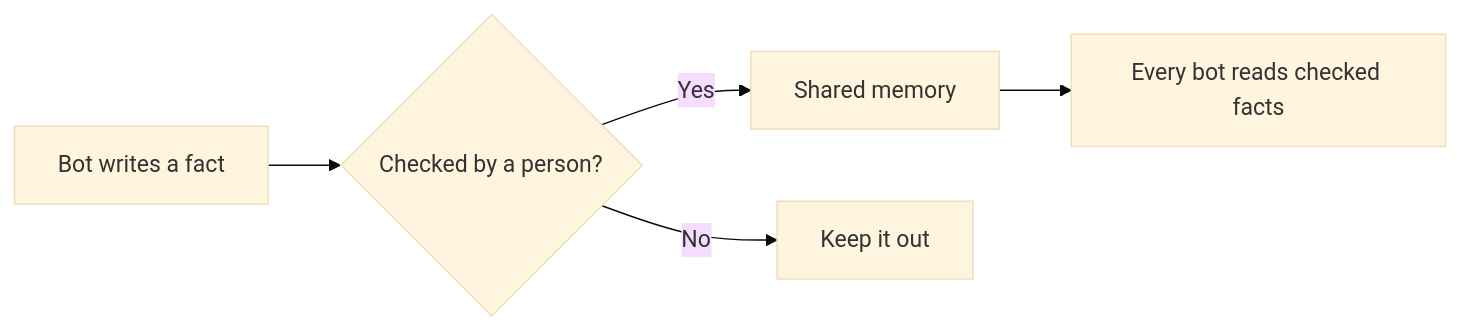
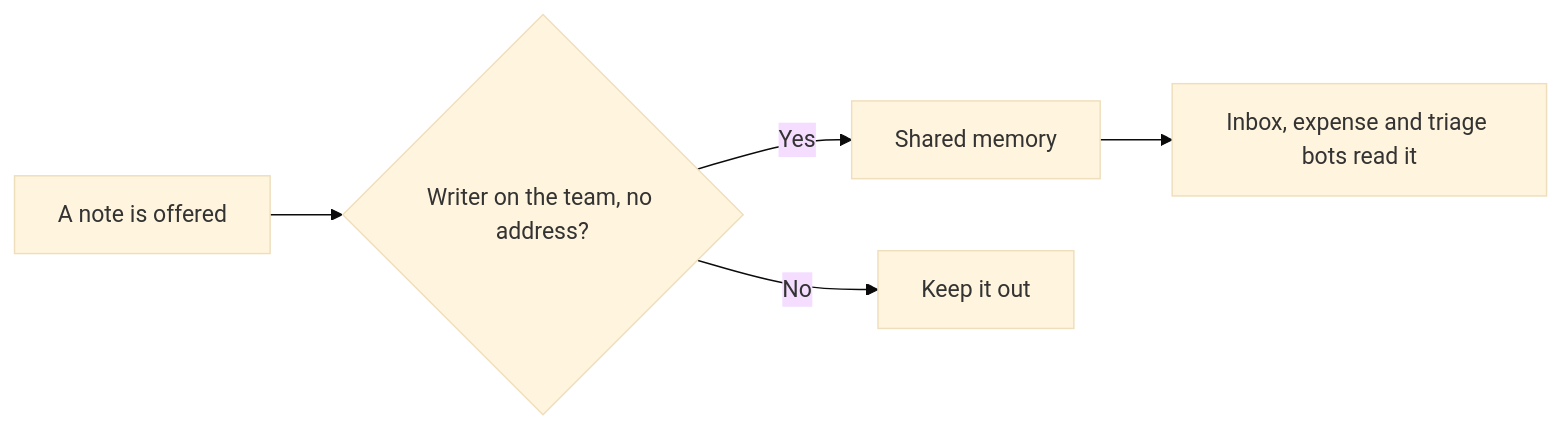
Before and after one commit to learnwithparam/agentic-ai-live-labs: the diagram in docs/labs/34-shared-memory.md, drawn with Mermaid (base theme). The commit also changed other lines of this file and 46 other files, not shown here.

````diff
--- a/docs/labs/34-shared-memory.md
+++ b/docs/labs/34-shared-memory.md
@@ -7,7 +7,7 @@
 ```mermaid
 flowchart LR
-  A["Bot writes a fact"] --> B{"Checked by a person?"}
+  A["A note is offered"] --> B{"Writer on the team, no address?"}
   B -->|"Yes"| C["Shared memory"]
   B -->|"No"| X["Keep it out"]
-  C --> D["Every bot reads checked facts"]
+  C --> D["Inbox, expense and triage bots read it"]
 ```
````
